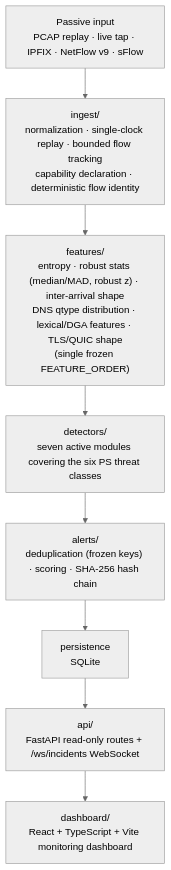
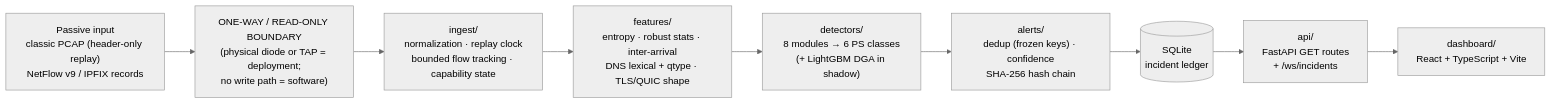
One commit to SanskarPatil/SAMARP changed the diagram in README.md. Above: the diagram before and after it, drawn with Mermaid (neutral theme). The commit also changed other lines of this file, not shown here.

````diff
--- a/README.md
+++ b/README.md
@@ -68,11 +96,12 @@
 ```mermaid
-flowchart TD
-    A["Passive input\nPCAP replay · live tap · IPFIX · NetFlow v9 · sFlow"] --> B
-    B["ingest/\nnormalization · single-clock replay · bounded flow tracking\ncapability declaration · deterministic flow identity"] --> C
-    C["features/\nentropy · robust stats (median/MAD, robust z) · inter-arrival shape\nDNS qtype distribution · lexical/DGA features · TLS/QUIC shape\n(single frozen FEATURE_ORDER)"] --> D
-    D["detectors/\nseven active modules covering the six PS threat classes"] --> E
-    E["alerts/\ndeduplication (frozen keys) · scoring · SHA-256 hash chain"] --> F
-    F["persistence\nSQLite"] --> G
-    G["api/\nFastAPI read-only routes + /ws/incidents WebSocket"] --> H
-    H["dashboard/\nReact + TypeScript + Vite monitoring dashboard"]
+flowchart LR
+    A["Passive input<br/>classic PCAP (header-only replay)<br/>NetFlow v9 / IPFIX records"] --> B
+    B["ONE-WAY / READ-ONLY BOUNDARY<br/>(physical diode or TAP = deployment;<br/>no write path = software)"] --> C
+    C["ingest/<br/>normalization · replay clock<br/>bounded flow tracking · capability state"] --> D
+    D["features/<br/>entropy · robust stats · inter-arrival<br/>DNS lexical + qtype · TLS/QUIC shape"] --> E
+    E["detectors/<br/>8 modules → 6 PS classes<br/>(+ LightGBM DGA in shadow)"] --> F
+    F["alerts/<br/>dedup (frozen keys) · confidence<br/>SHA-256 hash chain"] --> G
+    G[("SQLite<br/>incident ledger")] --> H
+    H["api/<br/>FastAPI GET routes<br/>+ /ws/incidents"] --> I
+    I["dashboard/<br/>React + TypeScript + Vite"]
 ```
````
